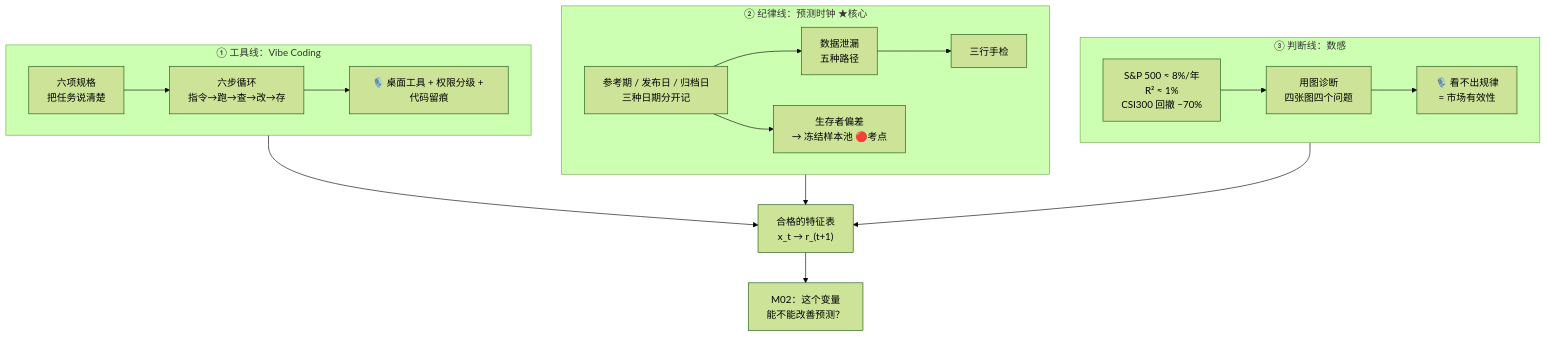
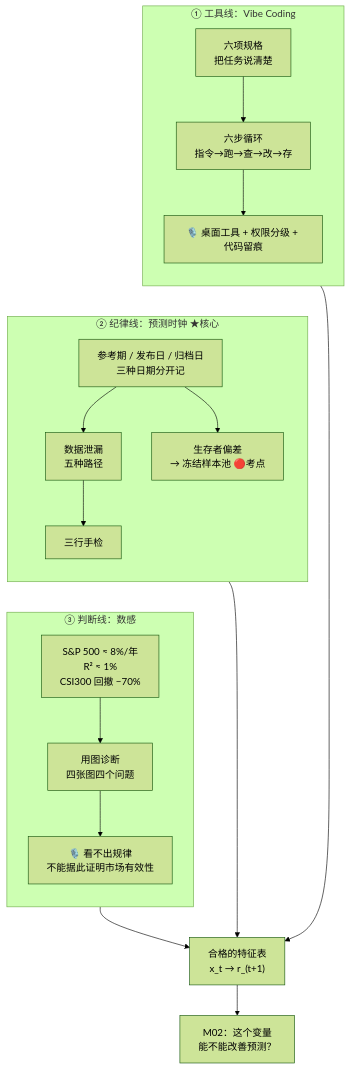
One commit to CercaTrovato/cityu-ai-course-notes changed the eighth of 9 diagrams in EF5560_Fintech_and_AI_in_Finance/notes/M01-金融数据与Vibe-Coding.md. Above: the diagram before and after it, drawn with Mermaid (forest theme). The commit also changed other lines of this file and 116 other files, not shown here.

````diff
--- a/EF5560_Fintech_and_AI_in_Finance/notes/M01-金融数据与Vibe-Coding.md
+++ b/EF5560_Fintech_and_AI_in_Finance/notes/M01-金融数据与Vibe-Coding.md
@@ -1185,20 +1374,25 @@
 ```mermaid
 flowchart TD
     subgraph L1["① 工具线：Vibe Coding"]
+        direction TB
         A1["六项规格<br/>把任务说清楚"] --> A2["六步循环<br/>指令→跑→查→改→存"]
         A2 --> A3["🎙️ 桌面工具 + 权限分级 + 代码留痕"]
     end
     subgraph L2["② 纪律线：预测时钟 ★核心"]
+        direction TB
         B1["参考期 / 发布日 / 归档日<br/>三种日期分开记"] --> B2["数据泄漏<br/>五种路径"]
         B2 --> B3["三行手检"]
         B1 --> B4["生存者偏差<br/>→ 冻结样本池 🔴考点"]
     end
     subgraph L3["③ 判断线：数感"]
+        direction TB
         C1["S&P 500 ≈ 8%/年<br/>R² ≈ 1%<br/>CSI300 回撤 −70%"] --> C2["用图诊断<br/>四张图四个问题"]
-        C2 --> C3["🎙️ 看不出规律<br/>= 市场有效性"]
+        C2 --> C3["🎙️ 看不出规律<br/>不能据此证明市场有效性"]
     end
+    A3 ~~~ B1
+    B3 ~~~ C1
     L1 --> D["合格的特征表<br/>x_t → r_(t+1)"]
     L2 --> D
     L3 --> D
     D --> E["M02：这个变量<br/>能不能改善预测？"]
 ```
````
